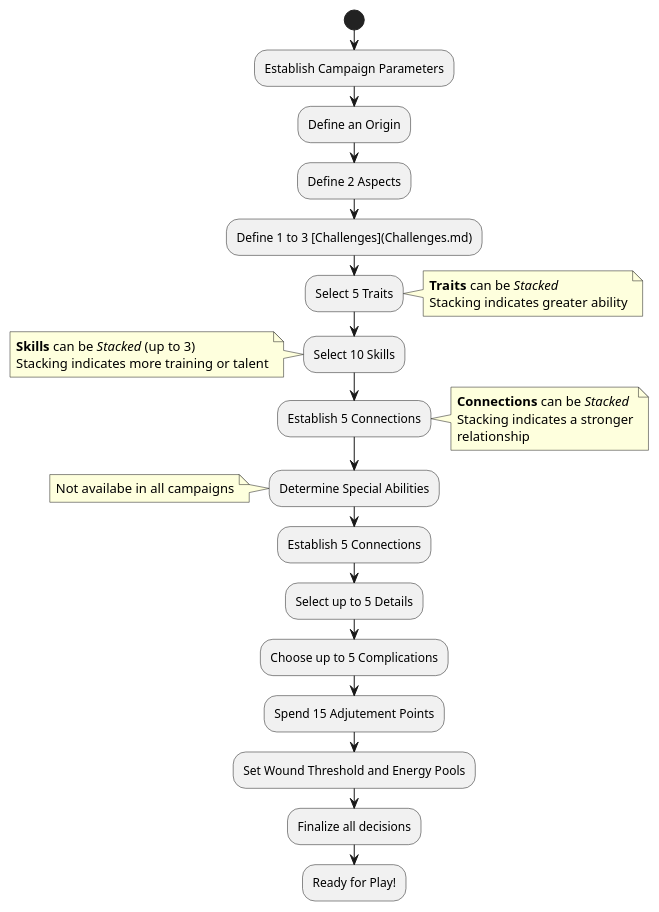
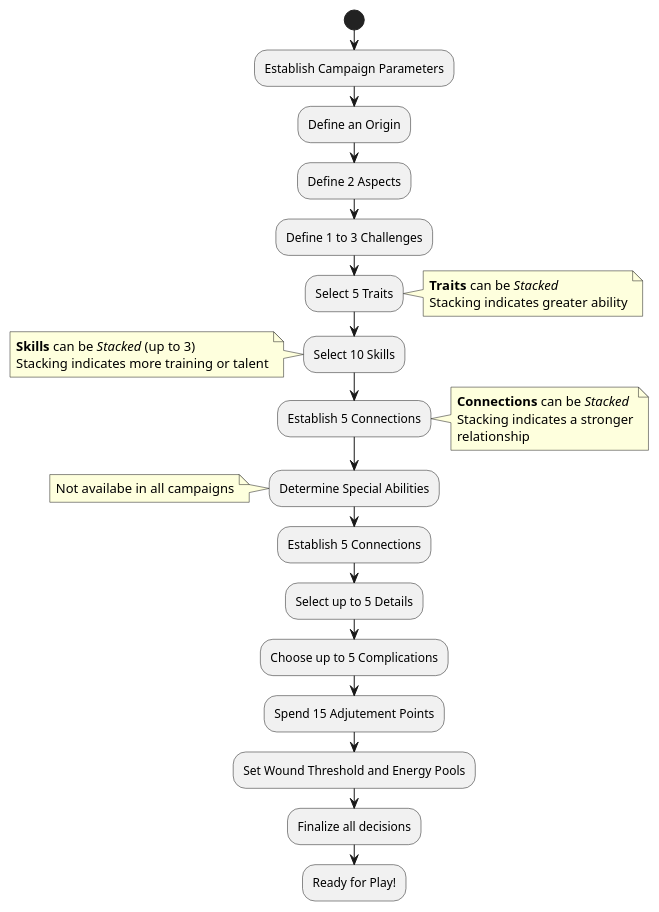
One commit to s-20/unnamed changed the diagram in CCSummary.md. Above: the diagram before and after it, drawn with PlantUML. The commit also changed other lines of this file, not shown here.

````diff
--- a/CCSummary.md
+++ b/CCSummary.md
@@ -16,35 +17,35 @@
 ```plantuml
 @startuml
 start
 :Establish Campaign Parameters;
 :Define an Origin;
 :Define 2 Aspects;
-:Define 1 to 3 [Challenges](Challenges.md);
+:Define 1 to 3 Challenges;
 :Select 5 Traits;
 note right
 <b>Traits</b> can be //Stacked//
 Stacking indicates greater ability
 end note
 :Select 10 Skills;
 note left
 <b>Skills</b> can be //Stacked// (up to 3)
 Stacking indicates more training or talent
 end note
 :Establish 5 Connections;
 note right
 <b>Connections</b> can be //Stacked//
 Stacking indicates a stronger
 relationship
 end note
 :Determine Special Abilities;
 note: Not availabe in all campaigns
 :Establish 5 Connections;
 :Select up to 5 Details;
 :Choose up to 5 Complications;
 :Spend 15 Adjutement Points;
 :Set Wound Threshold and Energy Pools;
 :Finalize all decisions;
 :Ready for Play!;
 @enduml
 stop
 ```
````
